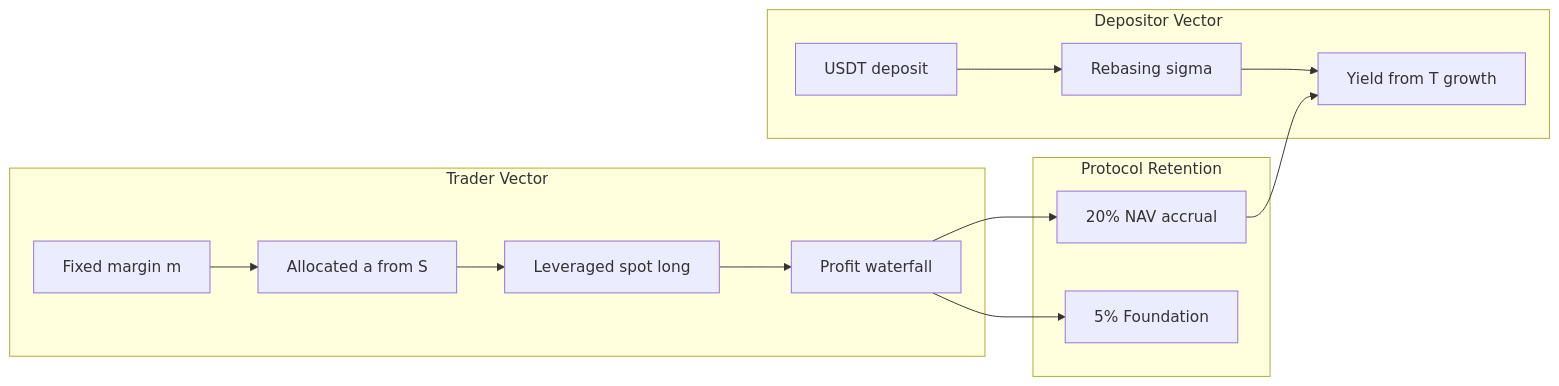
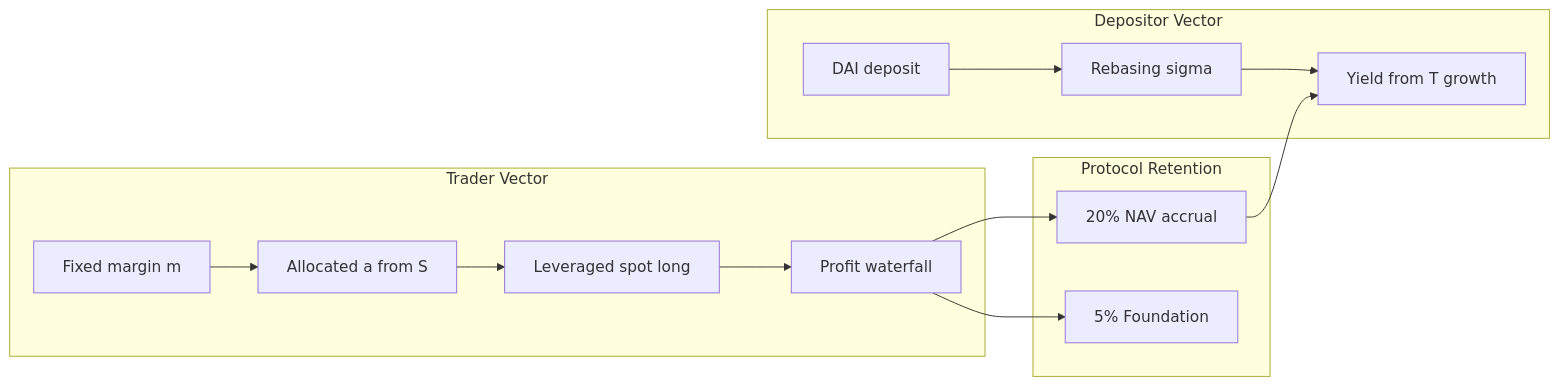
The third of 3 diagrams in gitbook/whitepaper/01-abstract.md (irislab-net/iris-docs), drawn with Mermaid before and after one commit. The commit also changed other lines of this file and 26 other files, not shown here.

````diff
--- a/gitbook/whitepaper/01-abstract.md
+++ b/gitbook/whitepaper/01-abstract.md
@@ -164,17 +164,17 @@
 ```mermaid
 flowchart LR
   subgraph depositors [Depositor Vector]
-    D1[USDT deposit] --> D2[Rebasing sigma]
+    D1[DAI deposit] --> D2[Rebasing sigma]
     D2 --> D3[Yield from T growth]
   end
   subgraph traders [Trader Vector]
     T1[Fixed margin m] --> T2[Allocated a from S]
     T2 --> T3[Leveraged spot long]
     T3 --> T4[Profit waterfall]
   end
   subgraph protocol [Protocol Retention]
     T4 --> P1[20% NAV accrual]
     T4 --> P2[5% Foundation]
     P1 --> D3
   end
 ```
````
